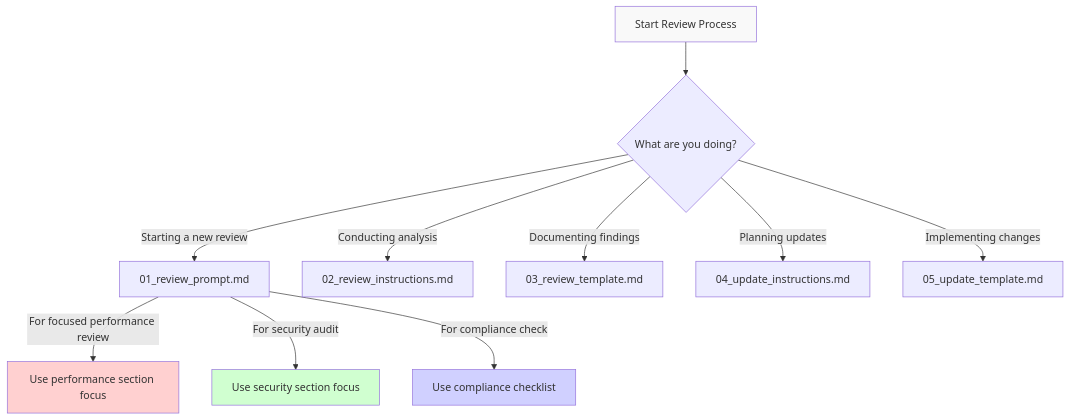
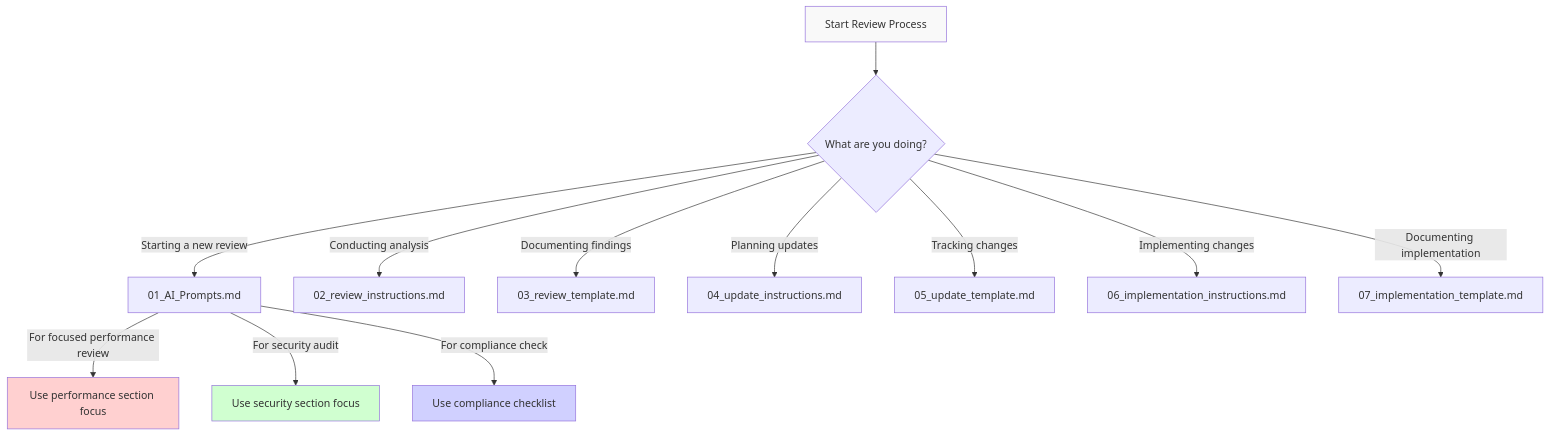
The third of 3 diagrams in docs/templates/00_introduction.md (seanwhaley/USASpending), drawn with Mermaid before and after one commit. The commit also changed other lines of this file and 14 other files, not shown here.

````diff
--- a/docs/templates/00_introduction.md
+++ b/docs/templates/00_introduction.md
@@ -69,18 +211,20 @@
 ```mermaid
 flowchart TD
     START[Start Review Process] --> Q1{What are you doing?}
-    Q1 -->|Starting a new review| T1[01_review_prompt.md]
+    Q1 -->|Starting a new review| T1[01_AI_Prompts.md]
     Q1 -->|Conducting analysis| T2[02_review_instructions.md]
     Q1 -->|Documenting findings| T3[03_review_template.md]
     Q1 -->|Planning updates| T4[04_update_instructions.md]
-    Q1 -->|Implementing changes| T5[05_update_template.md]
+    Q1 -->|Tracking changes| T5[05_update_template.md]
+    Q1 -->|Implementing changes| T6[06_implementation_instructions.md]
+    Q1 -->|Documenting implementation| T7[07_implementation_template.md]
     
     T1 -->|For focused performance review| S1[Use performance section focus]
     T1 -->|For security audit| S2[Use security section focus]
     T1 -->|For compliance check| S3[Use compliance checklist]
     
     style START fill:#f9f9f9
     style S1 fill:#ffd0d0
     style S2 fill:#d0ffd0
     style S3 fill:#d0d0ff
 ```
````
